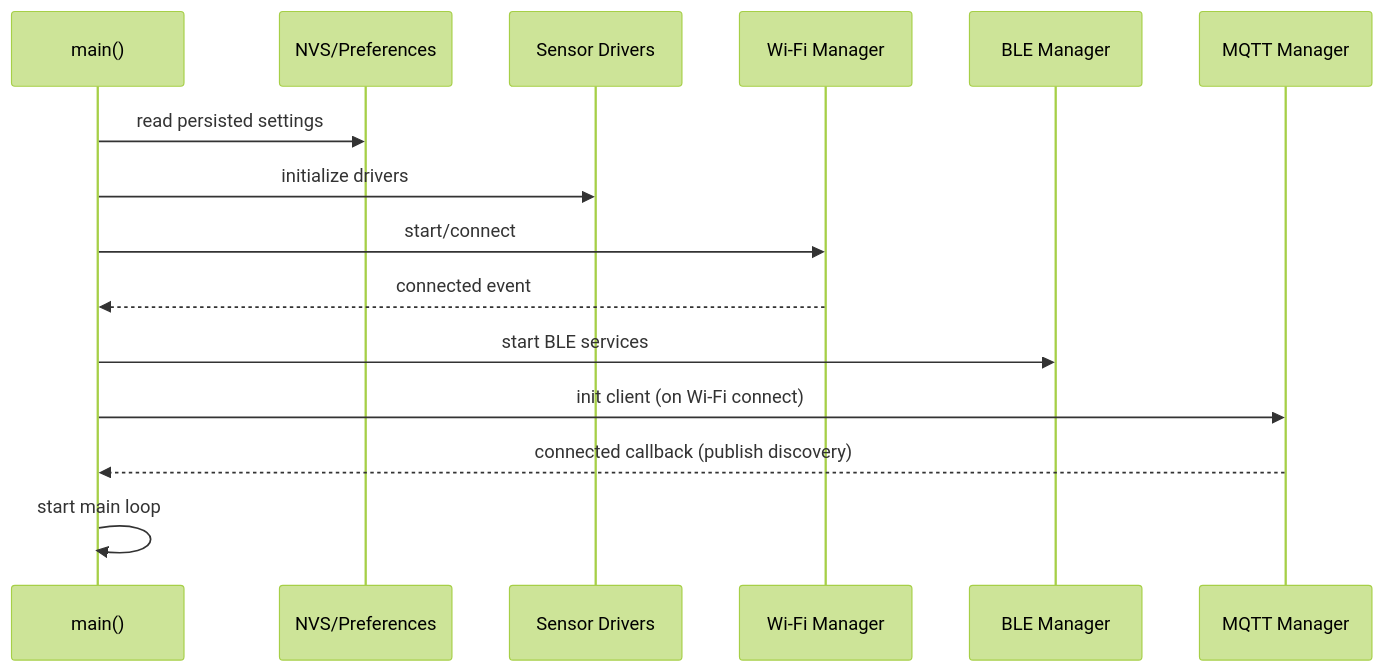
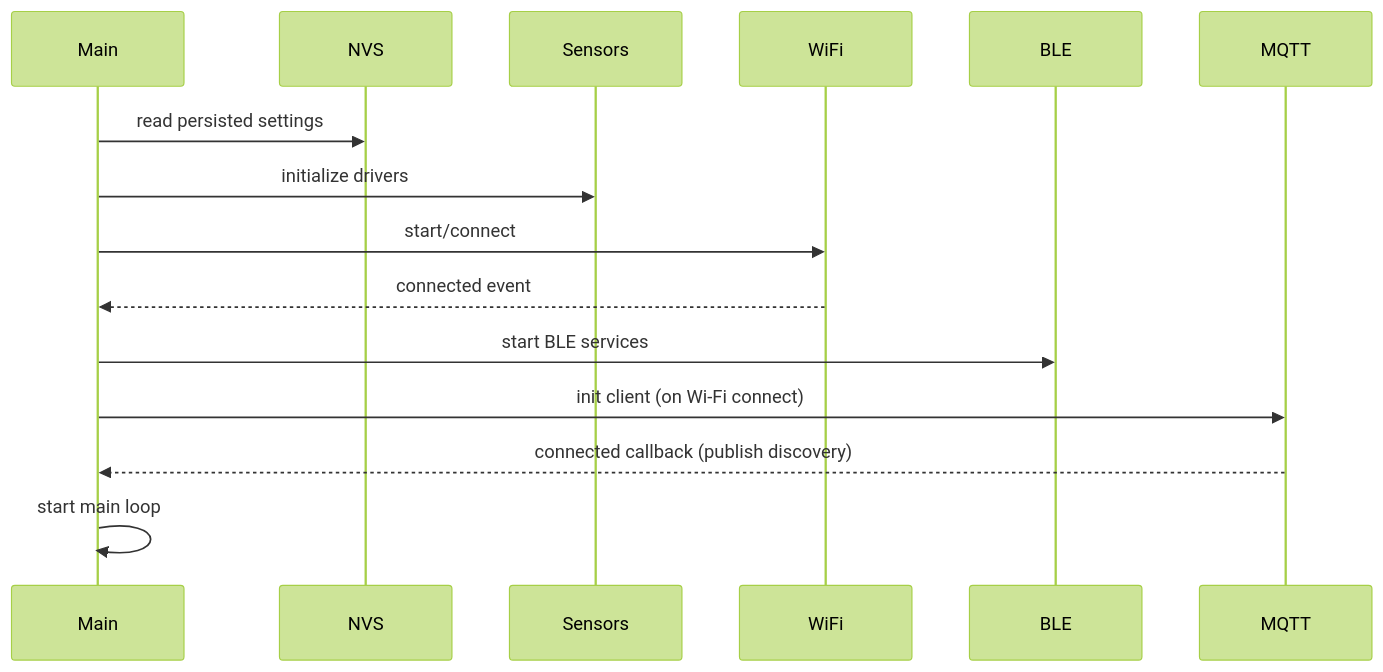
One commit to tipih/12VBatteryMonitor changed the first of 2 diagrams in ARCHITECTURE.md. Above: the diagram before and after it, drawn with Mermaid (forest theme). The commit also changed other lines of this file, not shown here.

Commit message:
Update architecture document for clarity and completeness

````diff
--- a/ARCHITECTURE.md
+++ b/ARCHITECTURE.md
@@ -119,18 +119,18 @@
 ```mermaid
 sequenceDiagram
-  participant Main as main()
-  participant NVS as NVS/Preferences
-  participant Sensors as Sensor Drivers
-  participant WiFi as Wi-Fi Manager
-  participant BLE as BLE Manager
-  participant MQTT as MQTT Manager
+  participant Main as Main
+  participant NVS as NVS
+  participant Sensors as Sensors
+  participant WiFi as WiFi
+  participant BLE as BLE
+  participant MQTT as MQTT
 
   Main->>NVS: read persisted settings
   Main->>Sensors: initialize drivers
   Main->>WiFi: start/connect
   WiFi-->>Main: connected event
   Main->>BLE: start BLE services
   Main->>MQTT: init client (on Wi‑Fi connect)
   MQTT-->>Main: connected callback (publish discovery)
   Main->>Main: start main loop
 ```
````
